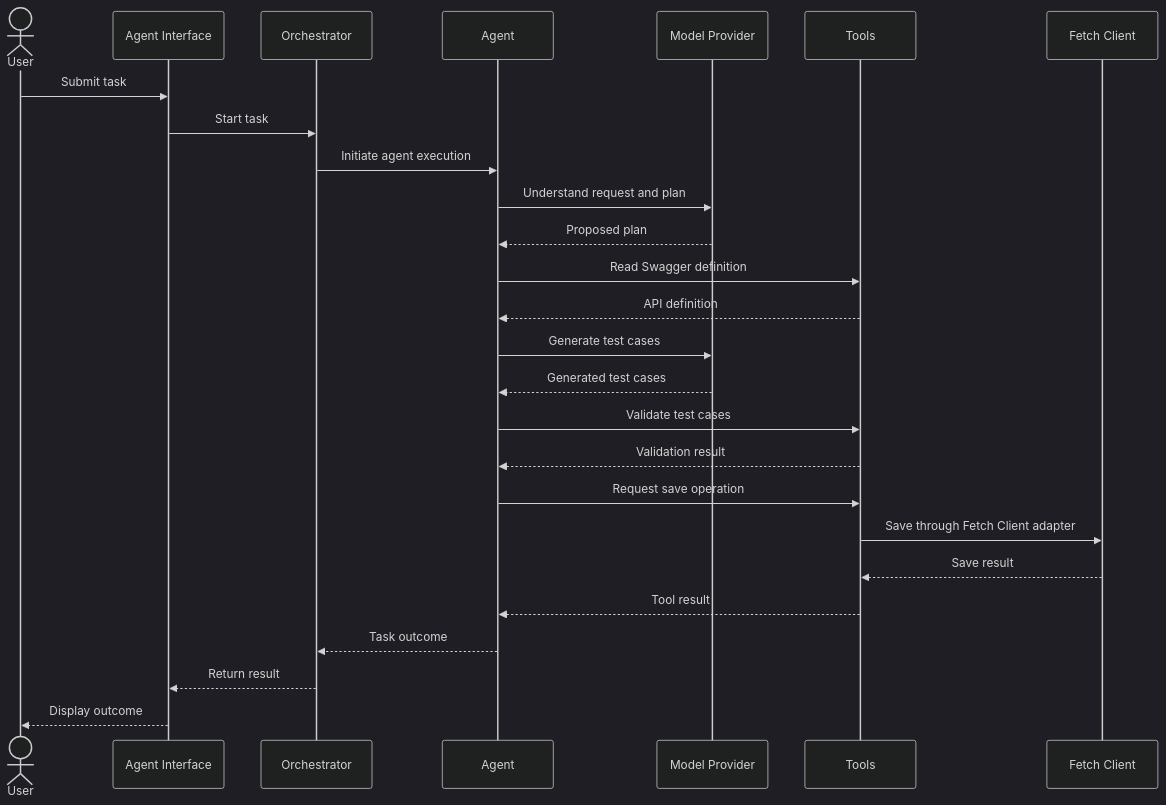
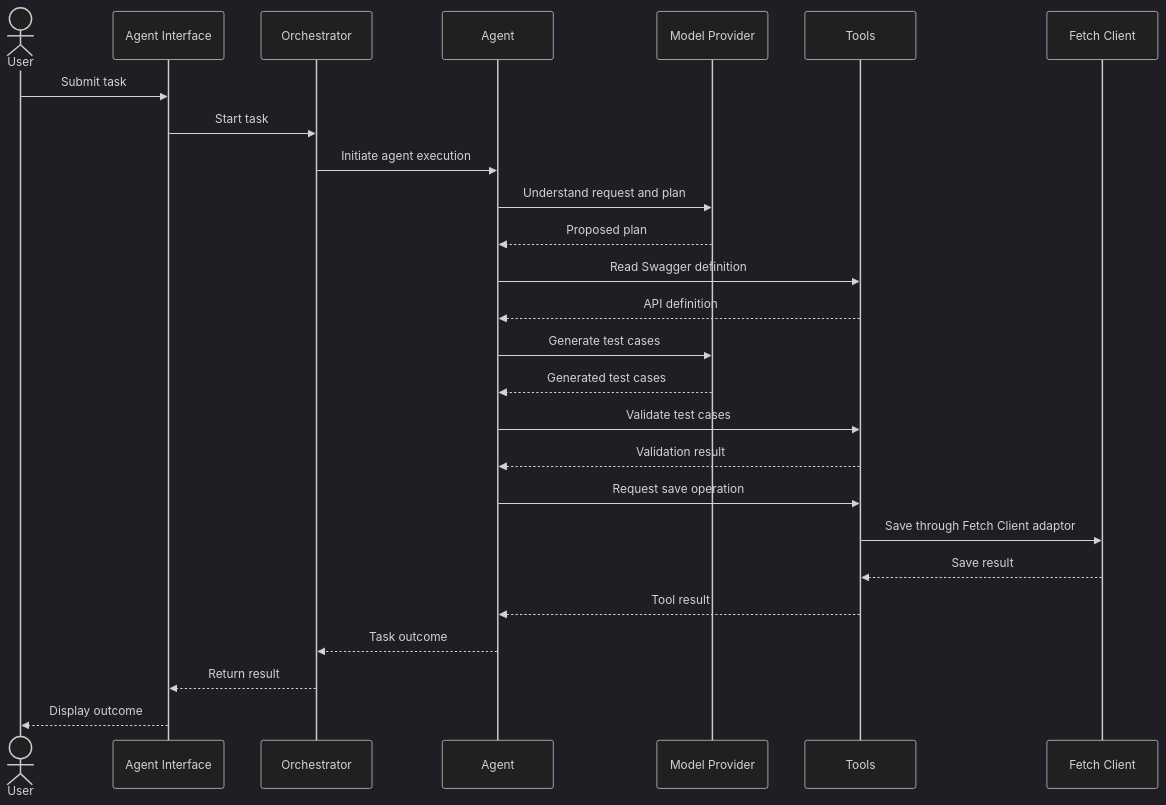
One commit to Ganesan-Chandran/vscode-fetch-client changed the second of 2 diagrams in docs/ai-agent/02-architecture/01_conceptual-architecture.md. Above: the diagram before and after it, drawn with Mermaid (dark theme). The commit also changed other lines of this file and 15 other files, not shown here.

````diff
--- a/docs/ai-agent/02-architecture/01_conceptual-architecture.md
+++ b/docs/ai-agent/02-architecture/01_conceptual-architecture.md
@@ -205,29 +205,29 @@
 ```mermaid
 sequenceDiagram
     actor User
     participant UI as Agent Interface
     participant O as Orchestrator
     participant A as Agent
     participant M as Model Provider
     participant T as Tools
     participant F as Fetch Client
 
     User->>UI: Submit task
     UI->>O: Start task
     O->>A: Initiate agent execution
     A->>M: Understand request and plan
     M-->>A: Proposed plan
     A->>T: Read Swagger definition
     T-->>A: API definition
     A->>M: Generate test cases
     M-->>A: Generated test cases
     A->>T: Validate test cases
     T-->>A: Validation result
     A->>T: Request save operation
-    T->>F: Save through Fetch Client adapter
+    T->>F: Save through Fetch Client adaptor
     F-->>T: Save result
     T-->>A: Tool result
     A-->>O: Task outcome
     O-->>UI: Return result
     UI-->>User: Display outcome
 ```
````
